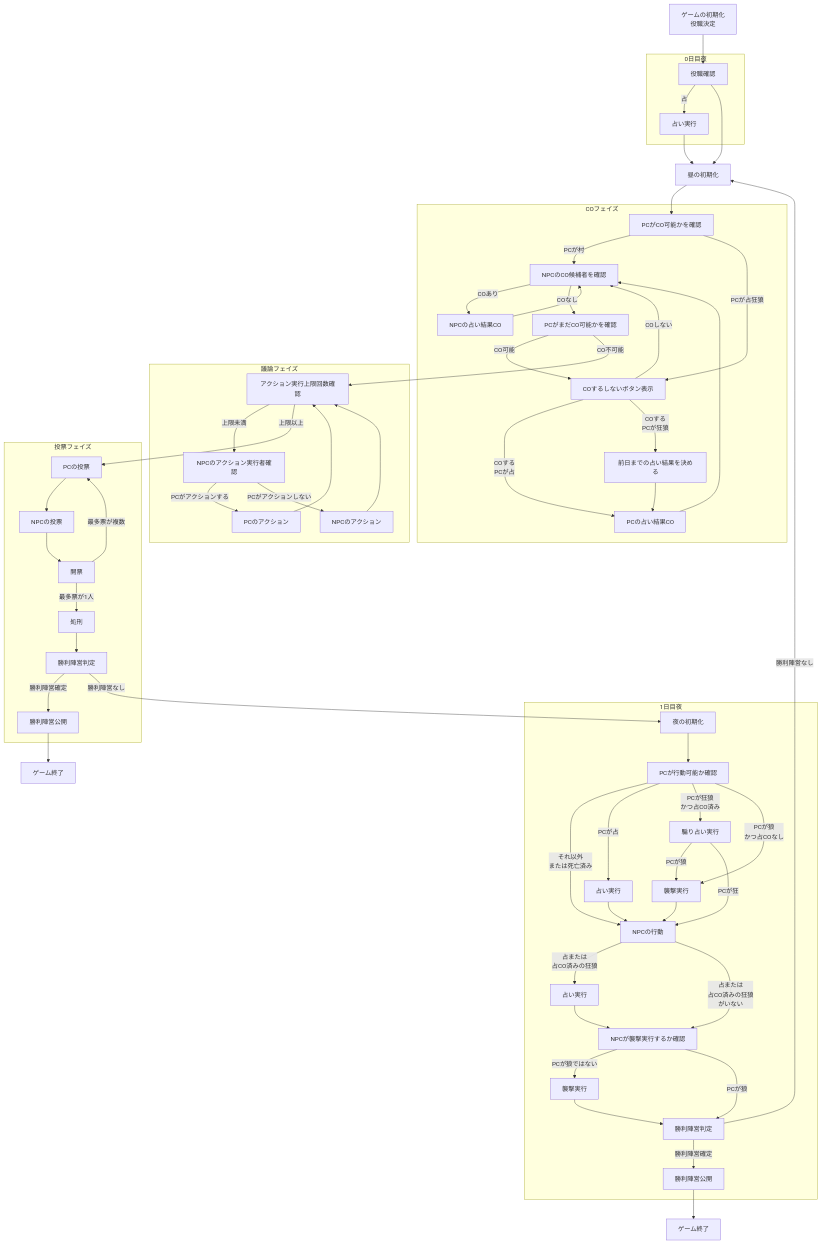
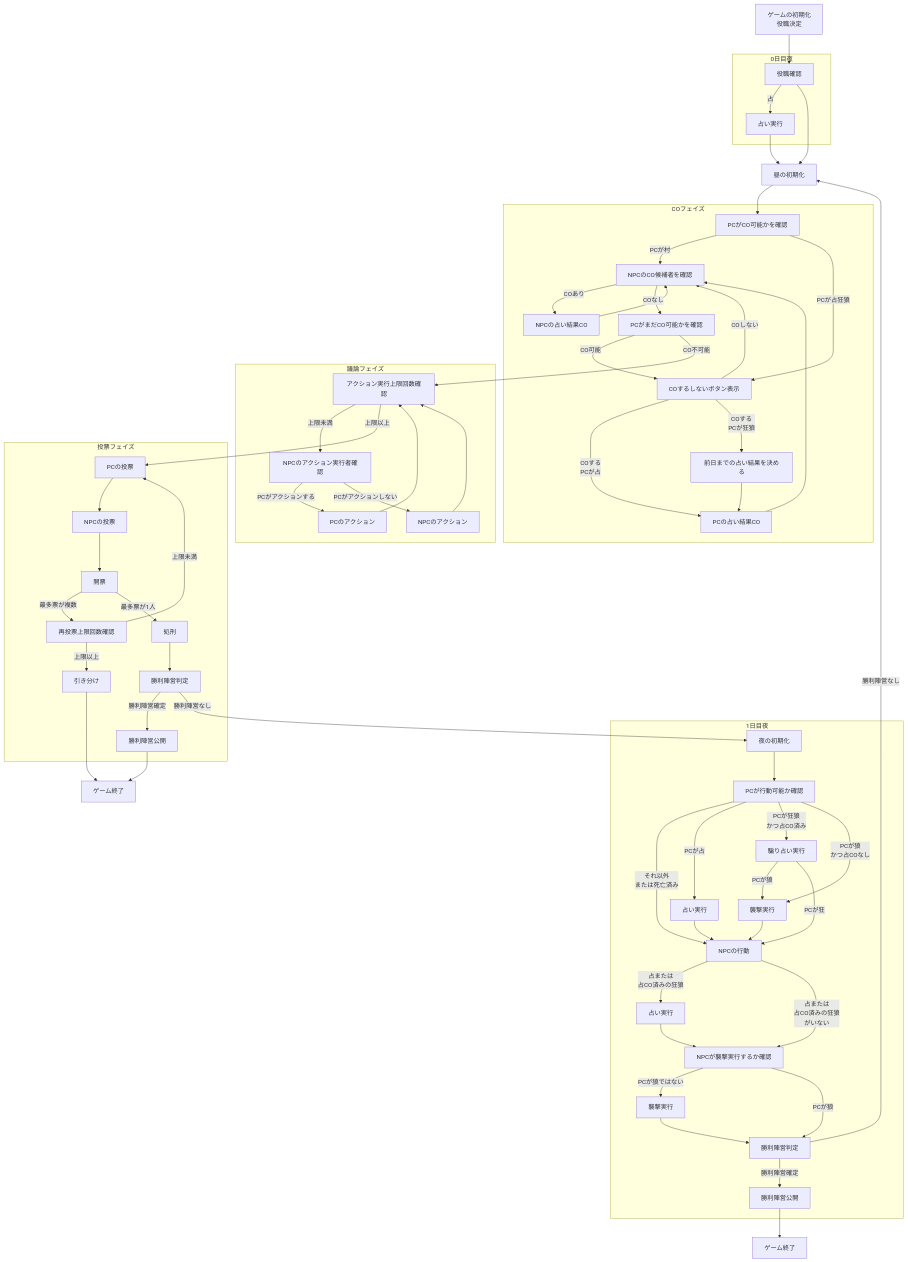
Before and after one commit to catoriinu/tyrano_jinro: the diagram in flowchart.md, drawn with Mermaid.

Commit message:
フローチャート修正

````diff
--- a/flowchart.md
+++ b/flowchart.md
@@ -3,71 +3,73 @@
 ```mermaid
 flowchart TD
 
 初期化[ゲームの初期化<br>役職決定] --> 役職確認
 
 subgraph 0日目夜
 役職確認 -->|占| 占い実行
 end
 
 占い実行 --> 昼の初期化
 役職確認 --> 昼の初期化
 昼の初期化 --> PCがCO可能かを確認
 
 subgraph COフェイズ
 PCがCO可能かを確認 -->|PCが村| NPCのCO候補者を確認
 PCがCO可能かを確認 -->|PCが占狂狼| COするしないボタン表示
 COするしないボタン表示 -->|COしない| NPCのCO候補者を確認
 COするしないボタン表示 -->|COする<br>PCが占| PCの占い結果CO
 COするしないボタン表示 -->|COする<br>PCが狂狼| 前日までの占い結果を決める
 前日までの占い結果を決める --> PCの占い結果CO
 PCの占い結果CO --> NPCのCO候補者を確認
 NPCのCO候補者を確認 -->|COあり| NPCの占い結果CO
 NPCの占い結果CO --> NPCのCO候補者を確認
 NPCのCO候補者を確認 -->|COなし| PCがまだCO可能かを確認
 PCがまだCO可能かを確認 -->|CO可能| COするしないボタン表示
 end
 
 subgraph 議論フェイズ
 PCがまだCO可能かを確認 -->|CO不可能| アクション実行上限回数確認
 アクション実行上限回数確認 -->|上限未満| NPCのアクション実行者確認
 NPCのアクション実行者確認 -->|PCがアクションする| PCのアクション
 NPCのアクション実行者確認 -->|PCがアクションしない| NPCのアクション
 PCのアクション --> アクション実行上限回数確認
 NPCのアクション--> アクション実行上限回数確認
 end
 
 subgraph 投票フェイズ
 アクション実行上限回数確認 -->|上限以上| PCの投票
 PCの投票 --> NPCの投票
 NPCの投票 --> 開票
-開票 -->|最多票が複数| PCの投票
+開票 -->|最多票が複数| 再投票上限回数確認
+再投票上限回数確認 -->|上限未満| PCの投票
+再投票上限回数確認 -->|上限以上| 引き分け
 開票 -->|最多票が1人| 処刑
 処刑 --> 勝利陣営判定
 勝利陣営判定 -->|勝利陣営確定| 勝利陣営公開
 end
-
+引き分け --> ゲーム終了
 勝利陣営公開 --> ゲーム終了
 
 subgraph 1日目夜
 勝利陣営判定 -->|勝利陣営なし| 夜の初期化
 夜の初期化 --> PCが行動可能か確認
 PCが行動可能か確認 -->|それ以外<br>または死亡済み| NPCの行動
 PCが行動可能か確認 -->|PCが占| 1日目夜_占い実行[占い実行]
 1日目夜_占い実行 --> NPCの行動
 PCが行動可能か確認 -->|PCが狂狼<br>かつ占CO済み| 騙り占い実行
 PCが行動可能か確認 -->|PCが狼<br>かつ占COなし| 襲撃実行
 騙り占い実行 -->|PCが狼| 襲撃実行
 襲撃実行 --> NPCの行動
 騙り占い実行 -->|PCが狂| NPCの行動
 NPCの行動 -->|占または<br>占CO済みの狂狼| 1日目夜NPC_占い実行[占い実行]
 NPCの行動 -->|占または<br>占CO済みの狂狼<br>がいない| NPCが襲撃実行するか確認
 1日目夜NPC_占い実行[占い実行] --> NPCが襲撃実行するか確認
 NPCが襲撃実行するか確認 -->|PCが狼ではない| NPC_襲撃実行[襲撃実行]
 NPCが襲撃実行するか確認 -->|PCが狼| 1日目夜_勝利陣営判定[勝利陣営判定]
 NPC_襲撃実行 --> 1日目夜_勝利陣営判定
 1日目夜_勝利陣営判定 -->|勝利陣営確定| 1日目夜_勝利陣営公開[勝利陣営公開]
 
 end
 1日目夜_勝利陣営判定 -->|勝利陣営なし| 昼の初期化
 1日目夜_勝利陣営公開 --> 1日目夜_ゲーム終了[ゲーム終了]
 ```
````
